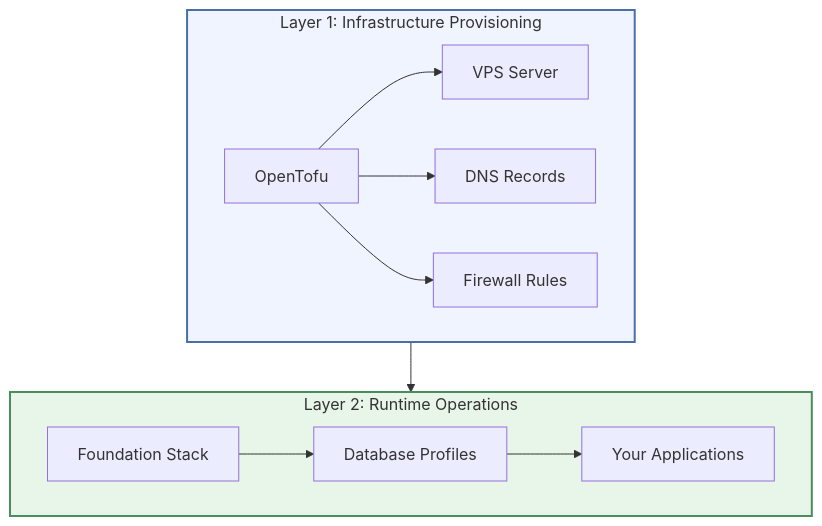
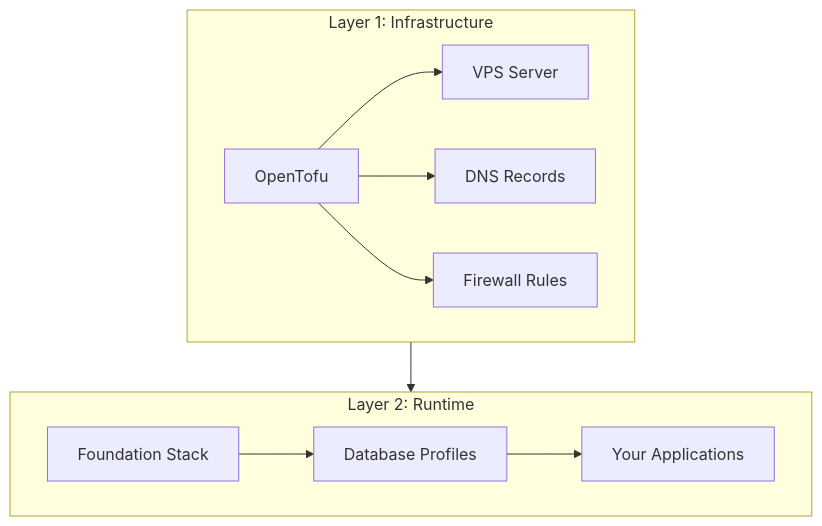
One commit to peermesh/docker-lab-docs changed the second of 2 diagrams in docs/introduction.md. Above: the diagram before and after it, drawn with Mermaid. The commit also changed other lines of this file and 13 other files, not shown here.

First line of the commit message:
fix: improve diagram legibility and icon rendering

````diff
--- a/docs/introduction.md
+++ b/docs/introduction.md
@@ -98,25 +94,22 @@
 ```mermaid
 flowchart TB
-    subgraph InfraLayer["Layer 1: Infrastructure Provisioning"]
+    subgraph InfraLayer["Layer 1: Infrastructure"]
         OpenTofu["OpenTofu"]
         VPS["VPS Server"]
         DNS["DNS Records"]
         Firewall["Firewall Rules"]
         OpenTofu --> VPS
         OpenTofu --> DNS
         OpenTofu --> Firewall
     end
 
-    subgraph RuntimeLayer["Layer 2: Runtime Operations"]
+    subgraph RuntimeLayer["Layer 2: Runtime"]
         Foundation["Foundation Stack"]
         Profiles["Database Profiles"]
         Apps["Your Applications"]
         Foundation --> Profiles
         Profiles --> Apps
     end
 
     InfraLayer --> RuntimeLayer
-
-    style InfraLayer fill:#f0f4ff,stroke:#4a6fa5,stroke-width:2px
-    style RuntimeLayer fill:#e8f5e9,stroke:#4a8c5c,stroke-width:2px
 ```
````
